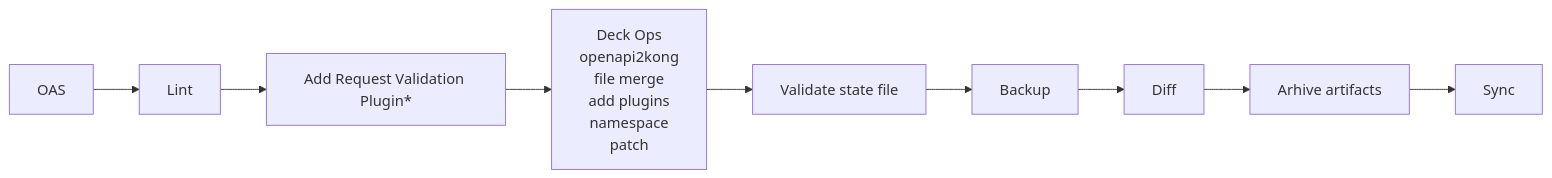
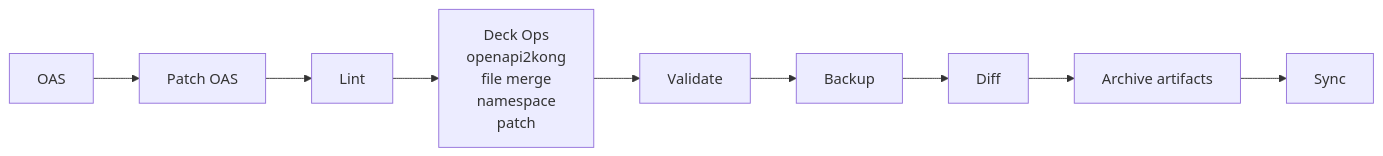
The sixth of 6 diagrams in README.md (pantsel/konnect-platform-ops-demo), drawn with Mermaid before and after one commit. The commit also changed other lines of this file and 1 other file, not shown here.

````diff
--- a/README.md
+++ b/README.md
@@ -587,20 +593,19 @@
 ```mermaid
 graph LR;
   A[OAS]
-  B[Lint]
-  C[Add Request Validation Plugin*]
+  B[Patch OAS]
+  C[Lint]
   D["Deck Ops
     openapi2kong
     file merge
-    add plugins
     namespace
     patch
   "]
-  E[Validate state file]
+  E[Validate]
   F[Backup]
   G[Diff]
-  H[Arhive artifacts]
+  H[Archive artifacts]
   I[Sync]
 
   A --> B --> C --> D --> E --> F --> G --> H --> I
 ```
````
